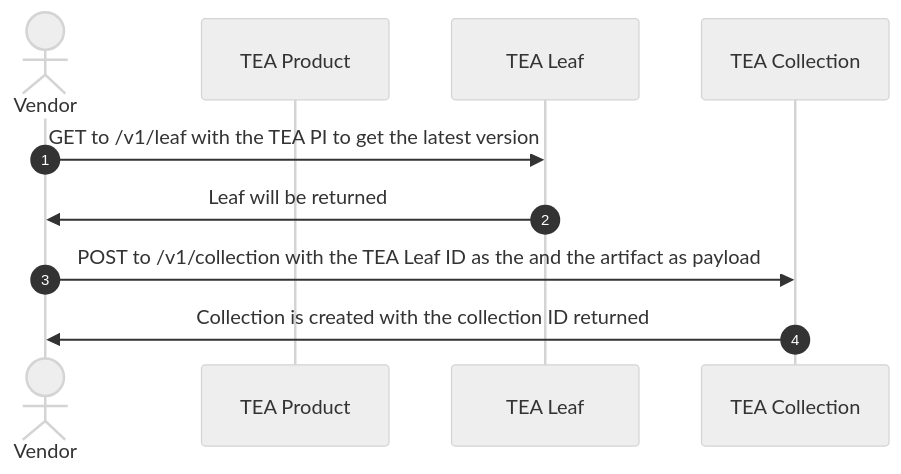
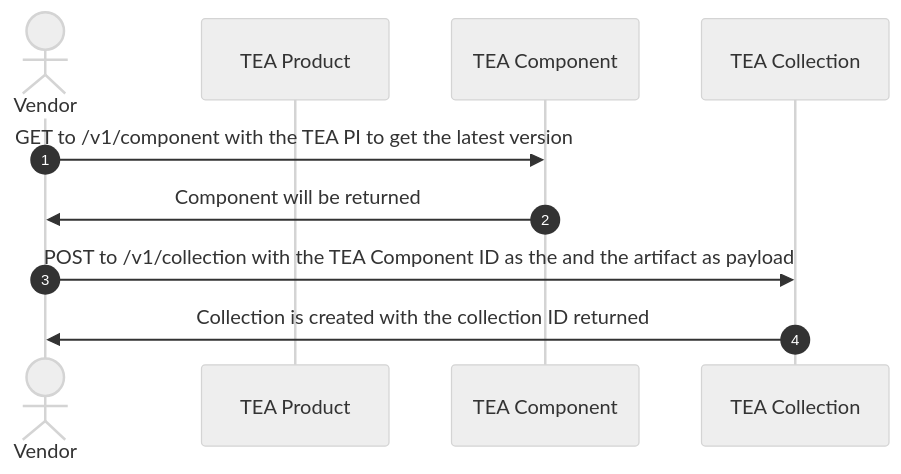
One commit to CycloneDX/transparency-exchange-api changed the third of 3 diagrams in api-flow/publisher.md. Above: the diagram before and after it, drawn with Mermaid (neutral theme). The commit also changed other lines of this file and 4 other files, not shown here.

Commit message:
Renaming TEA LEAF to TEA COMPONENT

````diff
--- a/api-flow/publisher.md
+++ b/api-flow/publisher.md
@@ -48,14 +48,14 @@
 ```mermaid
 sequenceDiagram
     autonumber
     actor Vendor
     participant tea_product as TEA Product
-    participant tea_leaf as TEA Leaf
+    participant tea_component as TEA Component
     participant tea_collection as TEA Collection
 
-    Vendor ->> tea_leaf: GET to /v1/leaf with the TEA PI to get the latest version
-    tea_leaf ->> Vendor: Leaf will be returned
+    Vendor ->> tea_component: GET to /v1/component with the TEA PI to get the latest version
+    tea_component ->> Vendor: Component will be returned
 
-    Vendor ->> tea_collection: POST to /v1/collection with the TEA Leaf ID as the and the artifact as payload
+    Vendor ->> tea_collection: POST to /v1/collection with the TEA Component ID as the and the artifact as payload
     tea_collection ->> Vendor: Collection is created with the collection ID returned
 ```
````
